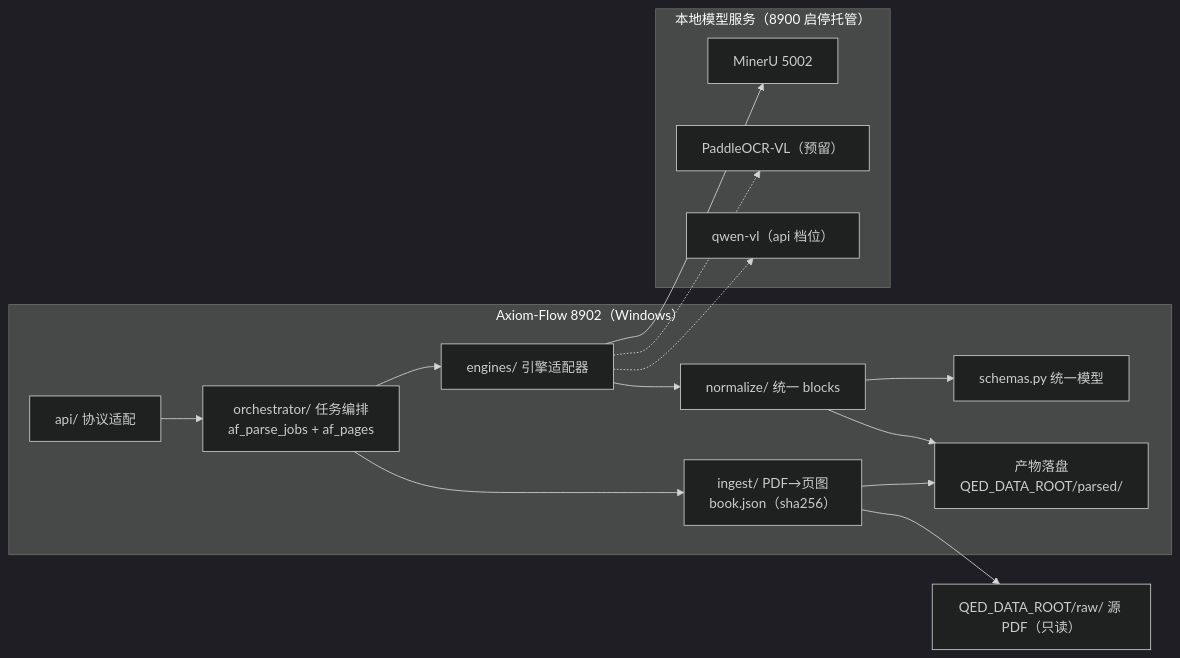
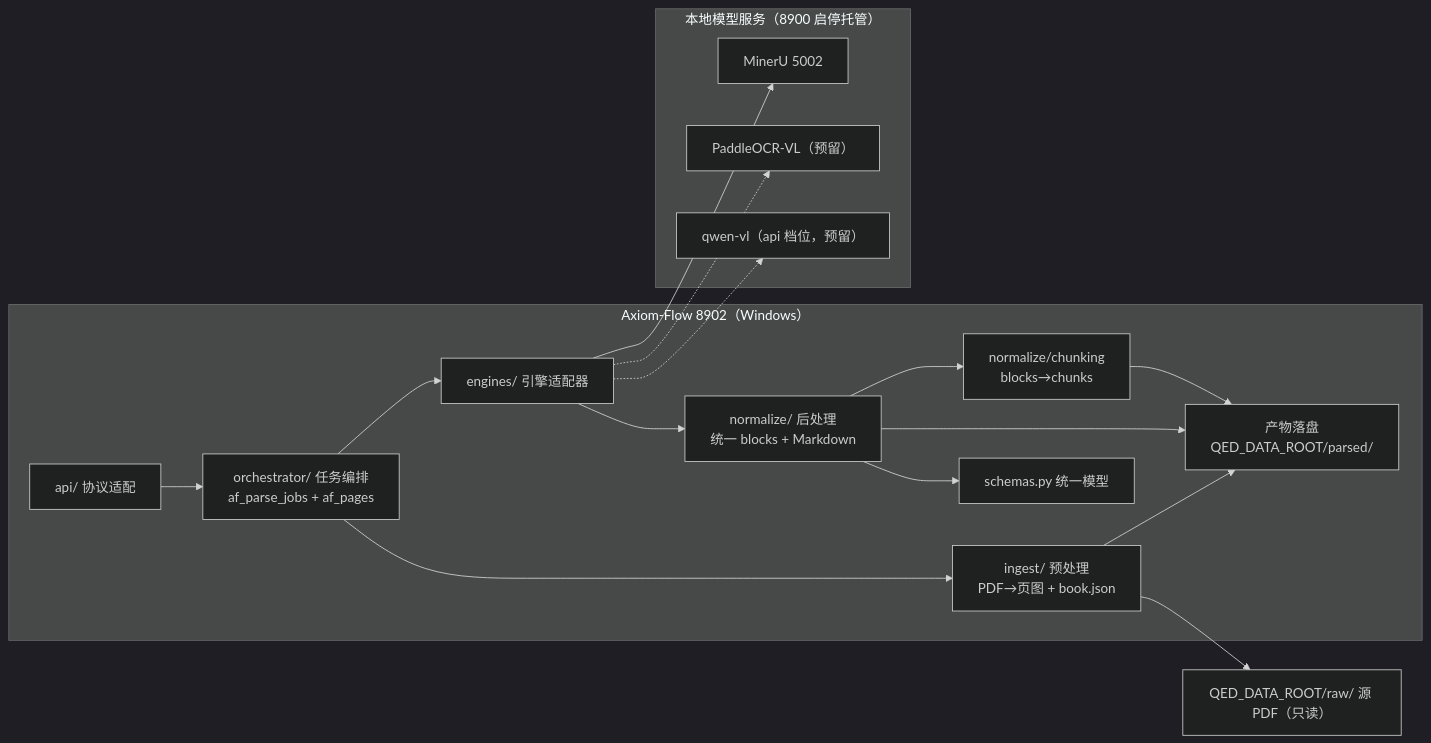
Before and after one commit to swfswf1234/Axiom-Flow: the diagram in docs/design/parsing-pipeline.md, drawn with Mermaid (dark theme). The commit also changed other lines of this file and 15 other files, not shown here.

````diff
--- a/docs/design/parsing-pipeline.md
+++ b/docs/design/parsing-pipeline.md
@@ -36,30 +42,33 @@
 ```mermaid
 flowchart LR
     subgraph WIN["Axiom-Flow 8902（Windows）"]
         API["api/ 协议适配"]
         OR["orchestrator/ 任务编排<br/>af_parse_jobs + af_pages"]
-        ING["ingest/ PDF→页图<br/>book.json（sha256）"]
+        ING["ingest/ 预处理<br/>PDF→页图 + book.json"]
         ENG["engines/ 引擎适配器"]
-        NRM["normalize/ 统一 blocks"]
+        NRM["normalize/ 后处理<br/>统一 blocks + Markdown"]
+        CHK["normalize/chunking<br/>blocks→chunks"]
         SCH["schemas.py 统一模型"]
         ST["产物落盘<br/>QED_DATA_ROOT/parsed/"]
     end
     subgraph MODELS["本地模型服务（8900 启停托管）"]
         MRU["MinerU 5002"]
         PVL["PaddleOCR-VL（预留）"]
-        QVL["qwen-vl（api 档位）"]
+        QVL["qwen-vl（api 档位，预留）"]
     end
     RAW["QED_DATA_ROOT/raw/ 源 PDF（只读）"]
 
     API --> OR
     OR --> ING
     OR --> ENG
     ENG --> MRU
     ENG -.-> PVL
     ENG -.-> QVL
     ENG --> NRM
     NRM --> SCH
+    NRM --> CHK
+    CHK --> ST
     NRM --> ST
     ING --> RAW
     ING --> ST
 ```
````
